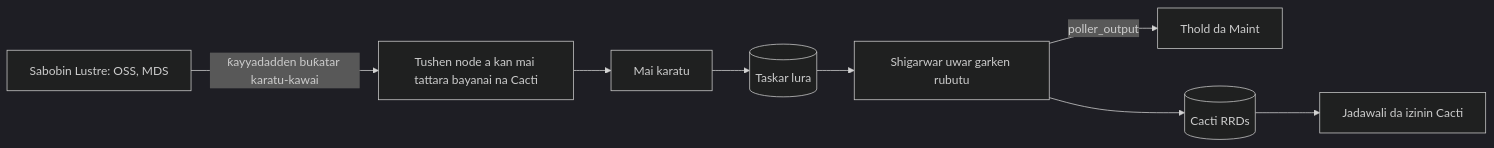
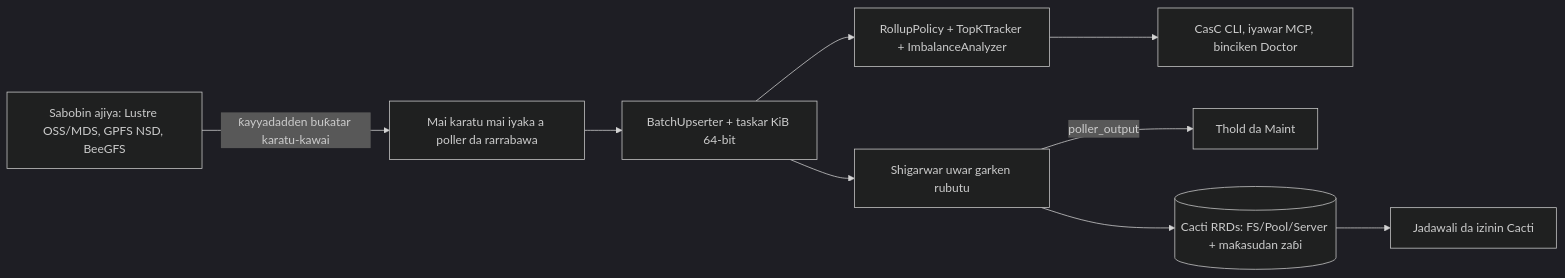
Before and after one commit to somethingwithproof/plugin_pfs: the diagram in docs/i18n/ha-NG/README.md, drawn with Mermaid (dark theme). The commit also changed other lines of this file and 47 other files, not shown here.

````diff
--- a/docs/i18n/ha-NG/README.md
+++ b/docs/i18n/ha-NG/README.md
@@ -74,10 +82,11 @@
 ```mermaid
 flowchart LR
-    N[Sabobin Lustre: OSS, MDS] -->|ƙayyadadden buƙatar karatu-kawai| S[Tushen node a kan mai tattara bayanai na Cacti]
-    S --> R[Mai karatu]
-    R --> C[(Taskar lura)]
-    C --> SS[Shigarwar uwar garken rubutu]
+    N[Sabobin ajiya: Lustre OSS/MDS, GPFS NSD, BeeGFS] -->|ƙayyadadden buƙatar karatu-kawai| S[Mai karatu mai iyaka a poller da rarrabawa]
+    S --> B[BatchUpserter + taskar KiB 64-bit]
+    B --> R[RollupPolicy + TopKTracker + ImbalanceAnalyzer]
+    B --> SS[Shigarwar uwar garken rubutu]
+    R --> ECO[CasC CLI, iyawar MCP, binciken Doctor]
     SS -->|poller_output| T[Thold da Maint]
-    SS --> RRD[(Cacti RRDs)]
+    SS --> RRD[(Cacti RRDs: FS/Pool/Server + maƙasudan zaɓi)]
     RRD --> G[Jadawali da izinin Cacti]
 ```
````
